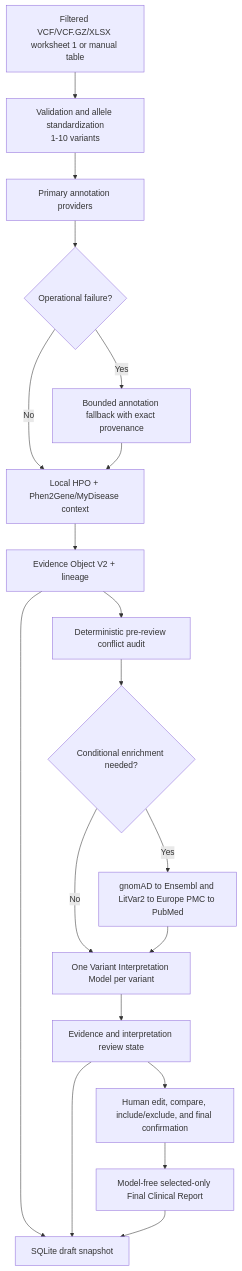
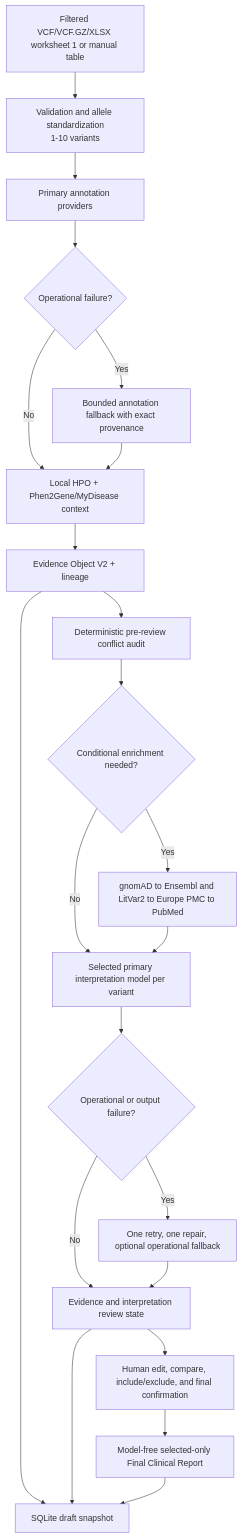
Before and after one commit to parhamKIY/CLINCAL_VARIANT_WEB_APPLICATION: the second of 2 diagrams in docs/PROJECT_DECLARATION.md, drawn with Mermaid. The commit also changed other lines of this file and 11 other files, not shown here.

````diff
--- a/docs/PROJECT_DECLARATION.md
+++ b/docs/PROJECT_DECLARATION.md
@@ -461,21 +474,24 @@
 ```mermaid
 flowchart TD
     U["Filtered VCF/VCF.GZ/XLSX worksheet 1 or manual table"] --> V["Validation and allele standardization<br/>1-10 variants"]
     V --> A["Primary annotation providers"]
     A --> AO{"Operational failure?"}
     AO -- No --> P["Local HPO + Phen2Gene/MyDisease context"]
     AO -- Yes --> AF["Bounded annotation fallback with exact provenance"]
     AF --> P
     P --> E["Evidence Object V2 + lineage"]
     E --> C1["Deterministic pre-review conflict audit"]
     C1 --> CE{"Conditional enrichment needed?"}
     CE -- Yes --> X["gnomAD to Ensembl and LitVar2 to Europe PMC to PubMed"]
     CE -- No --> VI
-    X --> VI["One Variant Interpretation Model per variant"]
-    VI --> D["Evidence and interpretation review state"]
+    X --> VI["Selected primary interpretation model per variant"]
+    VI --> VR{"Operational or output failure?"}
+    VR -- No --> D["Evidence and interpretation review state"]
+    VR -- Yes --> VX["One retry, one repair, optional operational fallback"]
+    VX --> D
     D --> H["Human edit, compare, include/exclude, and final confirmation"]
     H --> F["Model-free selected-only Final Clinical Report"]
     E --> DB["SQLite draft snapshot"]
     D --> DB
     F --> DB
 ```
````
